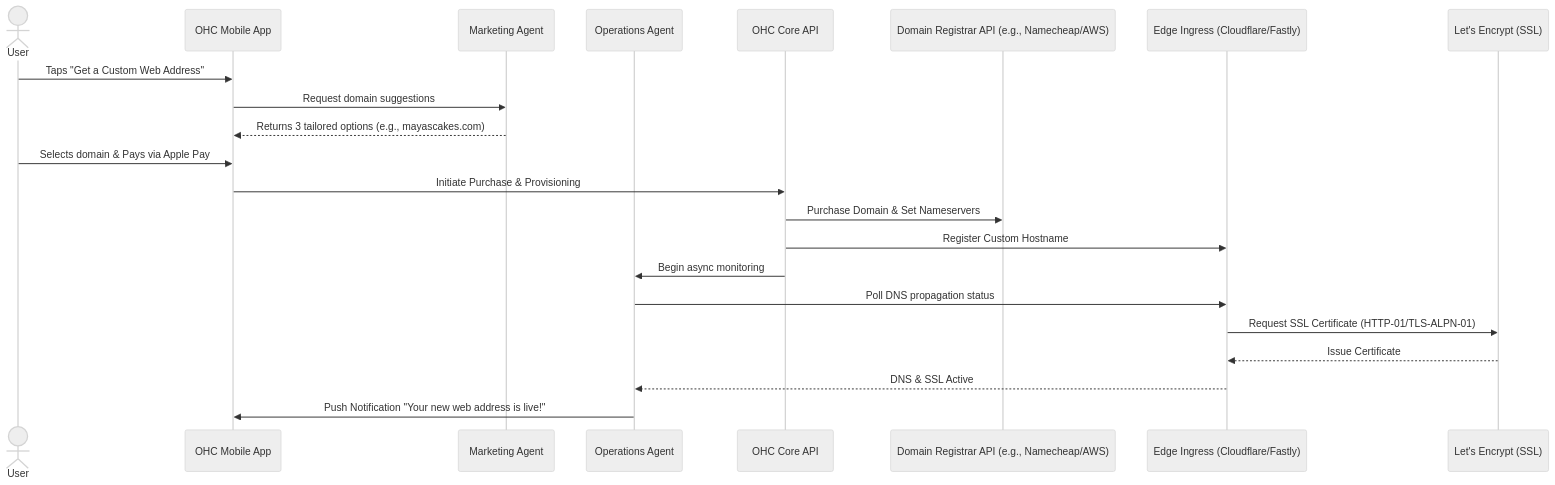
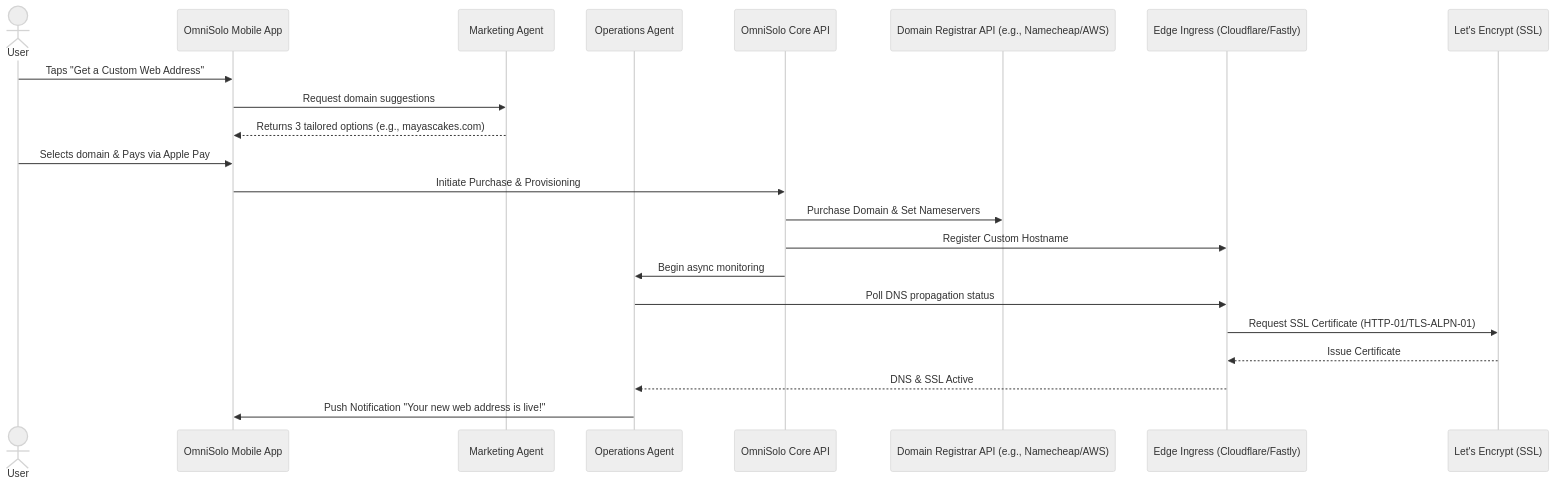
The diagram in docs/research/[architecture]_invisible_custom_domain_and_ssl_provisioning_engine.md (omnisolo-llc/onehumancorp), drawn with Mermaid (neutral theme) before and after one commit. The commit also changed other lines of this file and 2191 other files, not shown here.

Commit message:
feat: complete OmniSolo rename and browser audit

````diff
--- a/docs/research/[architecture]_invisible_custom_domain_and_ssl_provisioning_engine.md
+++ b/docs/research/[architecture]_invisible_custom_domain_and_ssl_provisioning_engine.md
@@ -36,25 +36,25 @@
 ```mermaid
 sequenceDiagram
     actor User
-    participant OHC_App as OHC Mobile App
+    participant OMNISOLO_App as OmniSolo Mobile App
     participant AI_Mark as Marketing Agent
     participant AI_Ops as Operations Agent
-    participant Core as OHC Core API
+    participant Core as OmniSolo Core API
     participant Registrar as Domain Registrar API (e.g., Namecheap/AWS)
     participant Edge as Edge Ingress (Cloudflare/Fastly)
     participant ACME as Let's Encrypt (SSL)
 
-    User->>OHC_App: Taps "Get a Custom Web Address"
-    OHC_App->>AI_Mark: Request domain suggestions
-    AI_Mark-->>OHC_App: Returns 3 tailored options (e.g., mayascakes.com)
-    User->>OHC_App: Selects domain & Pays via Apple Pay
-    OHC_App->>Core: Initiate Purchase & Provisioning
+    User->>OMNISOLO_App: Taps "Get a Custom Web Address"
+    OMNISOLO_App->>AI_Mark: Request domain suggestions
+    AI_Mark-->>OMNISOLO_App: Returns 3 tailored options (e.g., mayascakes.com)
+    User->>OMNISOLO_App: Selects domain & Pays via Apple Pay
+    OMNISOLO_App->>Core: Initiate Purchase & Provisioning
     Core->>Registrar: Purchase Domain & Set Nameservers
     Core->>Edge: Register Custom Hostname
     Core->>AI_Ops: Begin async monitoring
     AI_Ops->>Edge: Poll DNS propagation status
     Edge->>ACME: Request SSL Certificate (HTTP-01/TLS-ALPN-01)
     ACME-->>Edge: Issue Certificate
     Edge-->>AI_Ops: DNS & SSL Active
-    AI_Ops->>OHC_App: Push Notification "Your new web address is live!"
+    AI_Ops->>OMNISOLO_App: Push Notification "Your new web address is live!"
 ```
````
